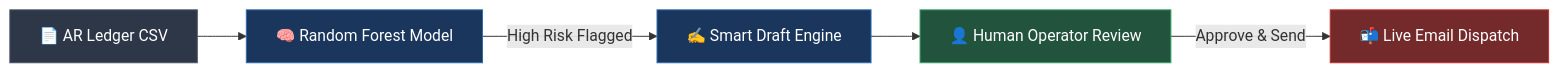
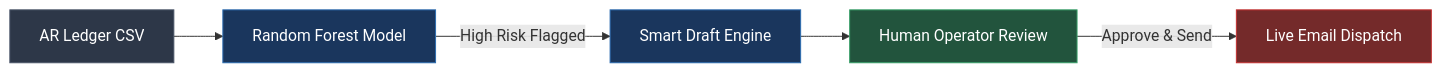
The diagram in README.md (sajesh-nair/autocollect-ai-dunning-engine), drawn with Mermaid before and after one commit. The commit also changed other lines of this file, not shown here.

````diff
--- a/README.md
+++ b/README.md
@@ -11,14 +11,13 @@
 ```mermaid
 graph LR
-    A[📄 AR Ledger CSV] --> B[🧠 Random Forest Model]
-    B -->|High Risk Flagged| C[✍️ Smart Draft Engine]
-    C --> D[👤 Human Operator Review]
-    D -->|Approve & Send| E[📬 Live Email Dispatch]
+    A[AR Ledger CSV] --> B[Random Forest Model]
+    B -->|High Risk Flagged| C[Smart Draft Engine]
+    C --> D[Human Operator Review]
+    D -->|Approve & Send| E[Live Email Dispatch]
 
     style A fill:#2d3748,stroke:#4a5568,color:#fff
     style B fill:#1a365d,stroke:#2b6cb0,color:#fff
     style C fill:#1a365d,stroke:#2b6cb0,color:#fff
     style D fill:#22543d,stroke:#38a169,color:#fff
     style E fill:#742a2a,stroke:#c53030,color:#fff
-
 ```
````
